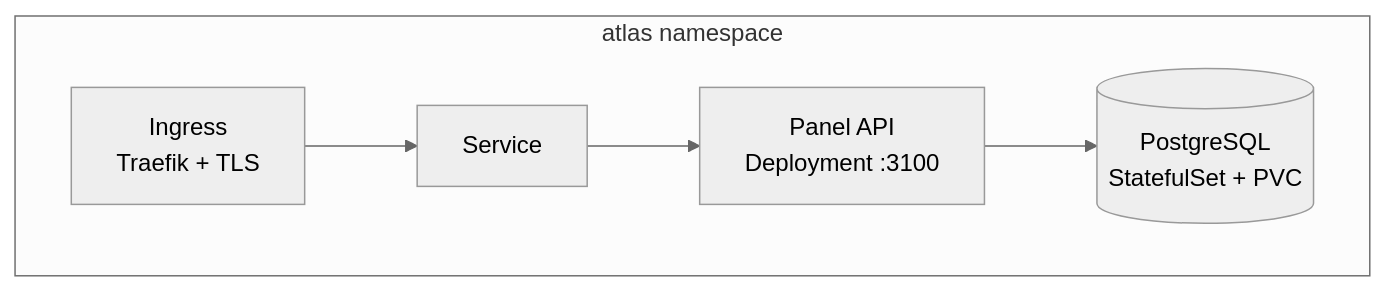
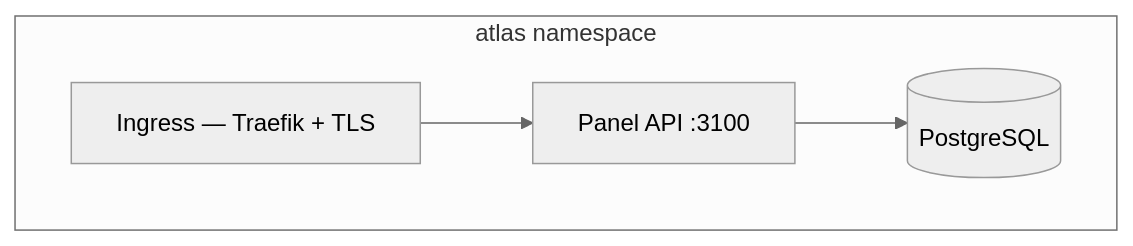
Before and after one commit to codeatlasdev/atlas: the diagram in apps/docs/content/docs/control-panel/self-hosting.mdx, drawn with Mermaid (neutral theme). The commit also changed other lines of this file and 26 other files, not shown here.

````diff
--- a/apps/docs/content/docs/control-panel/self-hosting.mdx
+++ b/apps/docs/content/docs/control-panel/self-hosting.mdx
@@ -72,11 +68,10 @@
 ```mermaid
 graph TB
     subgraph atlas namespace
-        PG[(PostgreSQL<br/>StatefulSet + PVC)]
-        Panel[Panel API<br/>Deployment :3100]
-        Svc[Service]
-        Ing[Ingress<br/>Traefik + TLS]
+        PG[(PostgreSQL)]
+        Panel[Panel API :3100]
+        Ing[Ingress — Traefik + TLS]
     end
 
-    Ing --> Svc --> Panel --> PG
+    Ing --> Panel --> PG
 ```
````
